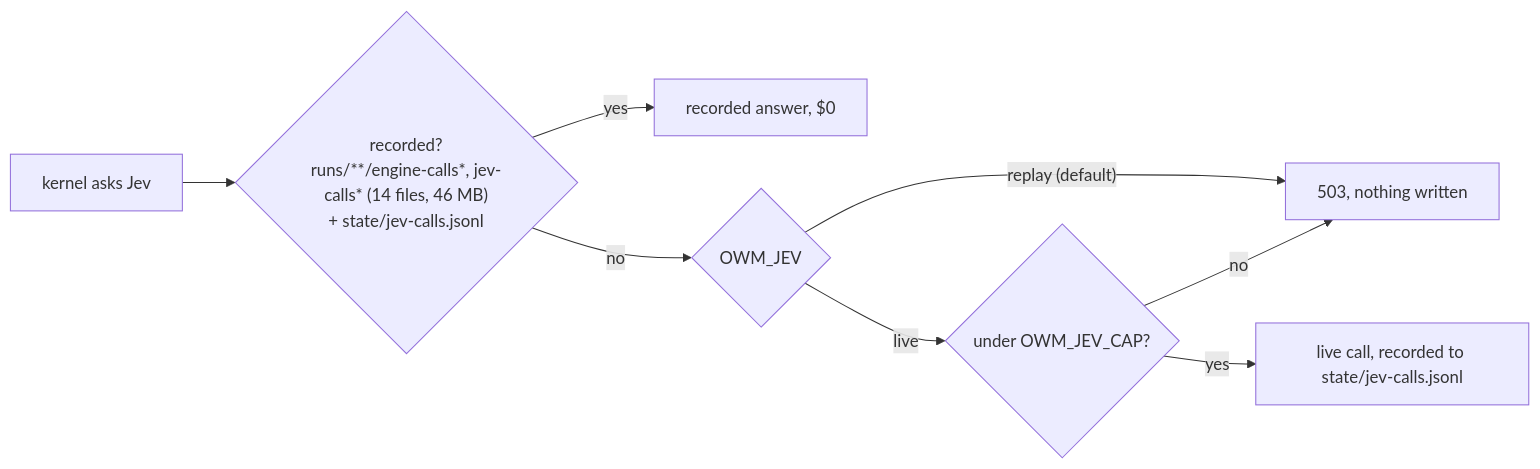
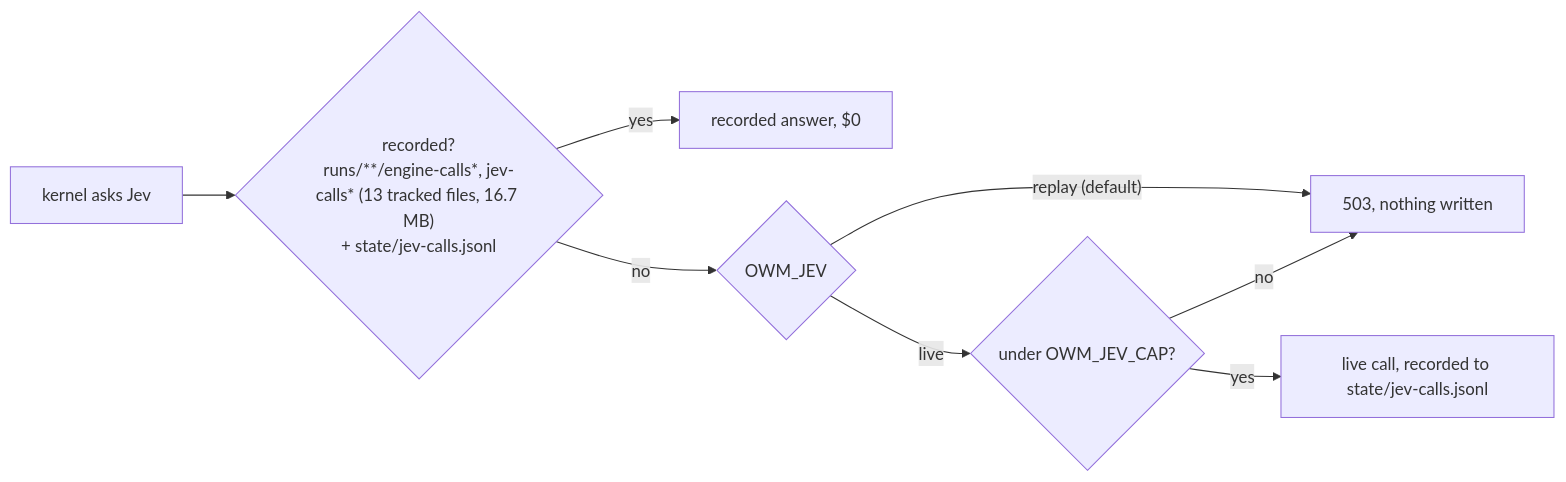
Before and after one commit to kloudtaxi/shiny-waffle: the ninth of 10 diagrams in docs/superpowers/specs/2026-10-10-owm-service-design.md, drawn with Mermaid. The commit also changed other lines of this file, not shown here.

````diff
--- a/docs/superpowers/specs/2026-10-10-owm-service-design.md
+++ b/docs/superpowers/specs/2026-10-10-owm-service-design.md
@@ -585,10 +700,10 @@
 ```mermaid
 flowchart LR
-  K["kernel asks Jev"] --> Q{"recorded?<br/>runs/**/engine-calls*, jev-calls* (14 files, 46 MB)<br/>+ state/jev-calls.jsonl"}
+  K["kernel asks Jev"] --> Q{"recorded?<br/>runs/**/engine-calls*, jev-calls* (13 tracked files, 16.7 MB)<br/>+ state/jev-calls.jsonl"}
   Q -- yes --> Y["recorded answer, $0"]
   Q -- no --> M{"OWM_JEV"}
   M -- "replay (default)" --> N["503, nothing written"]
   M -- live --> L{"under OWM_JEV_CAP?"}
   L -- yes --> LC["live call, recorded to state/jev-calls.jsonl"]
   L -- no --> N
 ```
````
